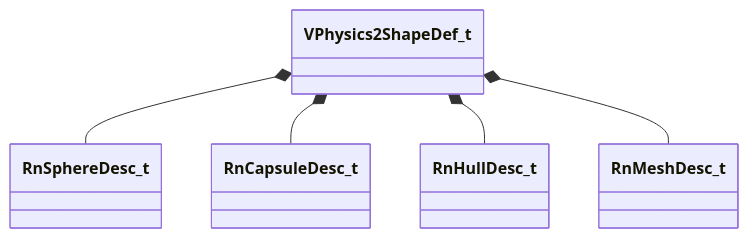
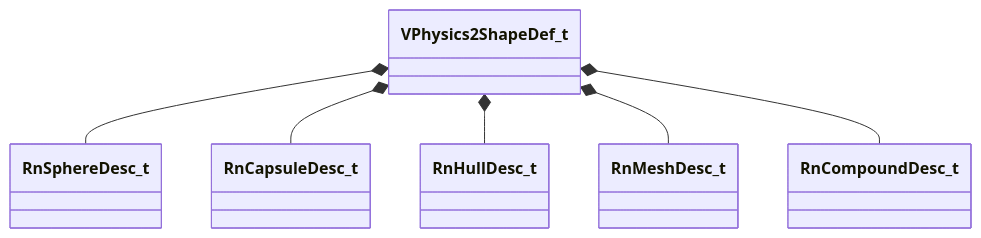
One commit to CS2OpenDev/CS2OpenDev-Docs changed the diagram in docs/generated/schemas/modellib/VPhysics2ShapeDef_t.md. Above: the diagram before and after it, drawn with Mermaid. The commit also changed other lines of this file and 4654 other files, not shown here.

Commit message:
docs: regenerate for SchemaTracker build 25947352 [skip ci]

````diff
--- a/docs/generated/schemas/modellib/VPhysics2ShapeDef_t.md
+++ b/docs/generated/schemas/modellib/VPhysics2ShapeDef_t.md
@@ -17,7 +17,8 @@
 ```mermaid
 classDiagram
     VPhysics2ShapeDef_t *-- RnSphereDesc_t
     VPhysics2ShapeDef_t *-- RnCapsuleDesc_t
     VPhysics2ShapeDef_t *-- RnHullDesc_t
     VPhysics2ShapeDef_t *-- RnMeshDesc_t
+    VPhysics2ShapeDef_t *-- RnCompoundDesc_t
 ```
````
